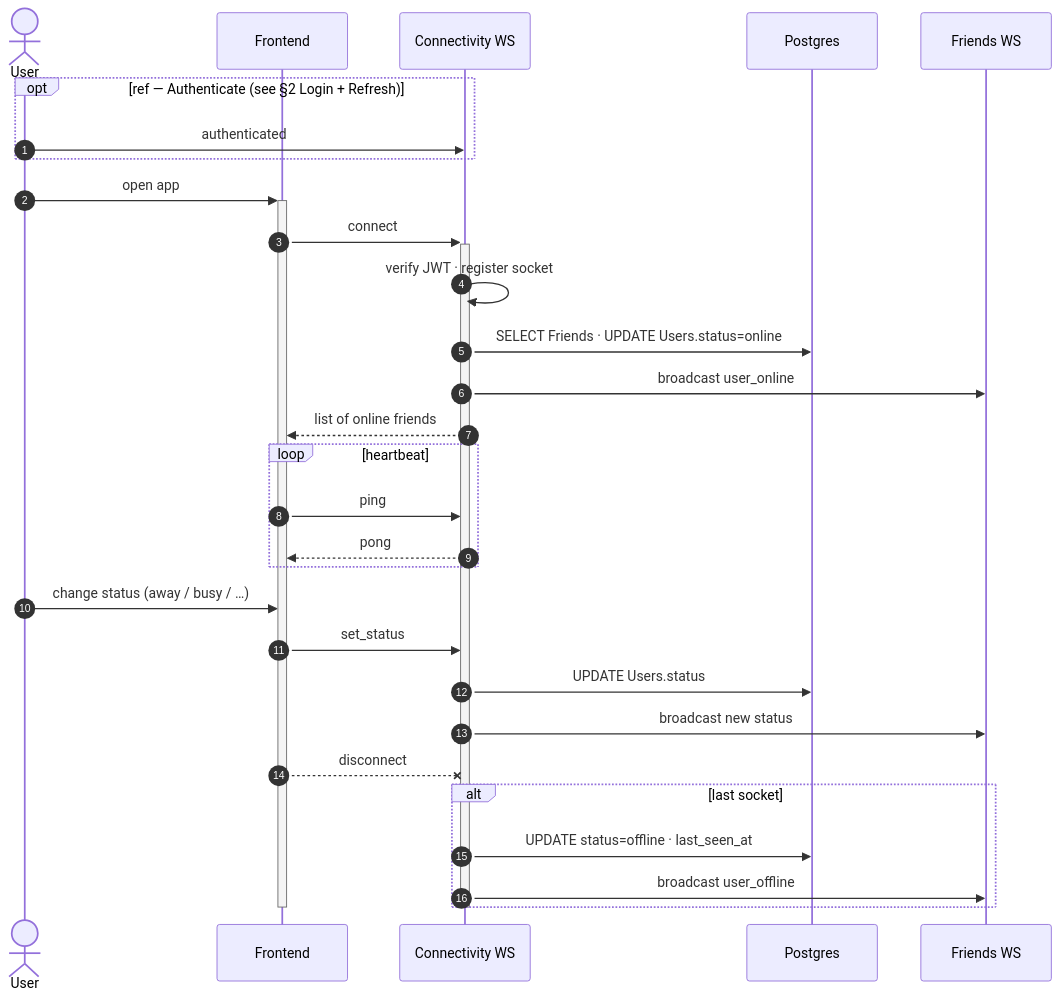
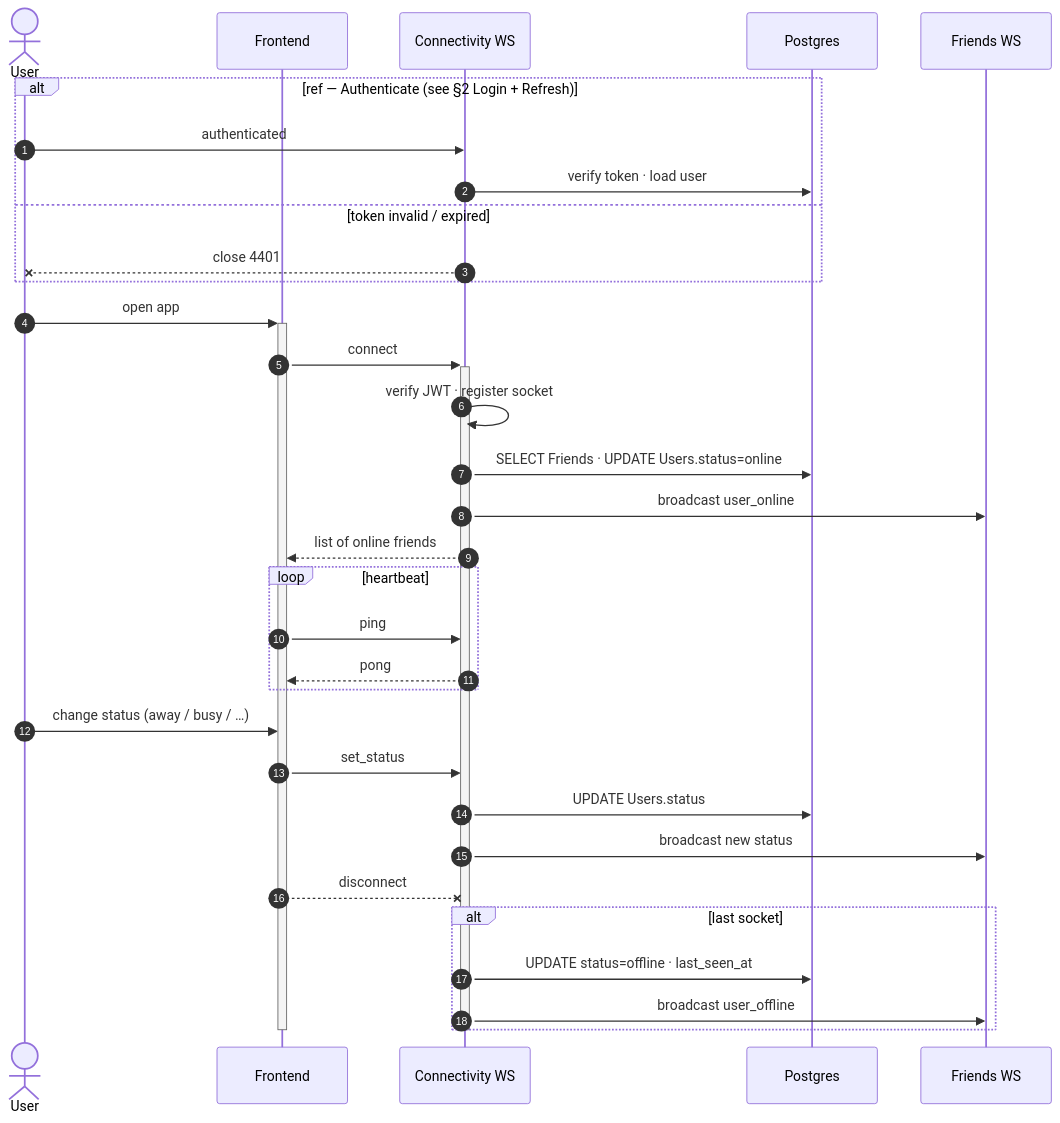
Diagram 16 of 16 in docs/SEQUENCE_DIAGRAMS.md (MohamedChebbi123/teamnest), drawn with Mermaid before and after one commit. The commit also changed other lines of this file, not shown here.

````diff
--- a/docs/SEQUENCE_DIAGRAMS.md
+++ b/docs/SEQUENCE_DIAGRAMS.md
@@ -457,38 +491,41 @@
 ```mermaid
 sequenceDiagram
     autonumber
     actor User
     participant FE as Frontend
     participant WS as Connectivity WS
     participant DB as Postgres
     participant Friends as Friends WS
 
-    opt ref — Authenticate (see §2 Login + Refresh)
+    alt ref — Authenticate (see §2 Login + Refresh)
         User->>WS: authenticated
+        WS->>DB: verify token · load user
+    else token invalid / expired
+        WS--xUser: close 4401
     end
 
     User->>+FE: open app
     FE->>+WS: connect
     WS->>WS: verify JWT · register socket
     WS->>DB: SELECT Friends · UPDATE Users.status=online
     WS->>Friends: broadcast user_online
     WS-->>FE: list of online friends
 
     loop heartbeat
         FE->>WS: ping
         WS-->>FE: pong
     end
 
     User->>FE: change status (away / busy / …)
     FE->>WS: set_status
     WS->>DB: UPDATE Users.status
     WS->>Friends: broadcast new status
 
     FE--xWS: disconnect
     alt last socket
         WS->>DB: UPDATE status=offline · last_seen_at
         WS->>Friends: broadcast user_offline
     end
     deactivate WS
     deactivate FE
 ```
````
